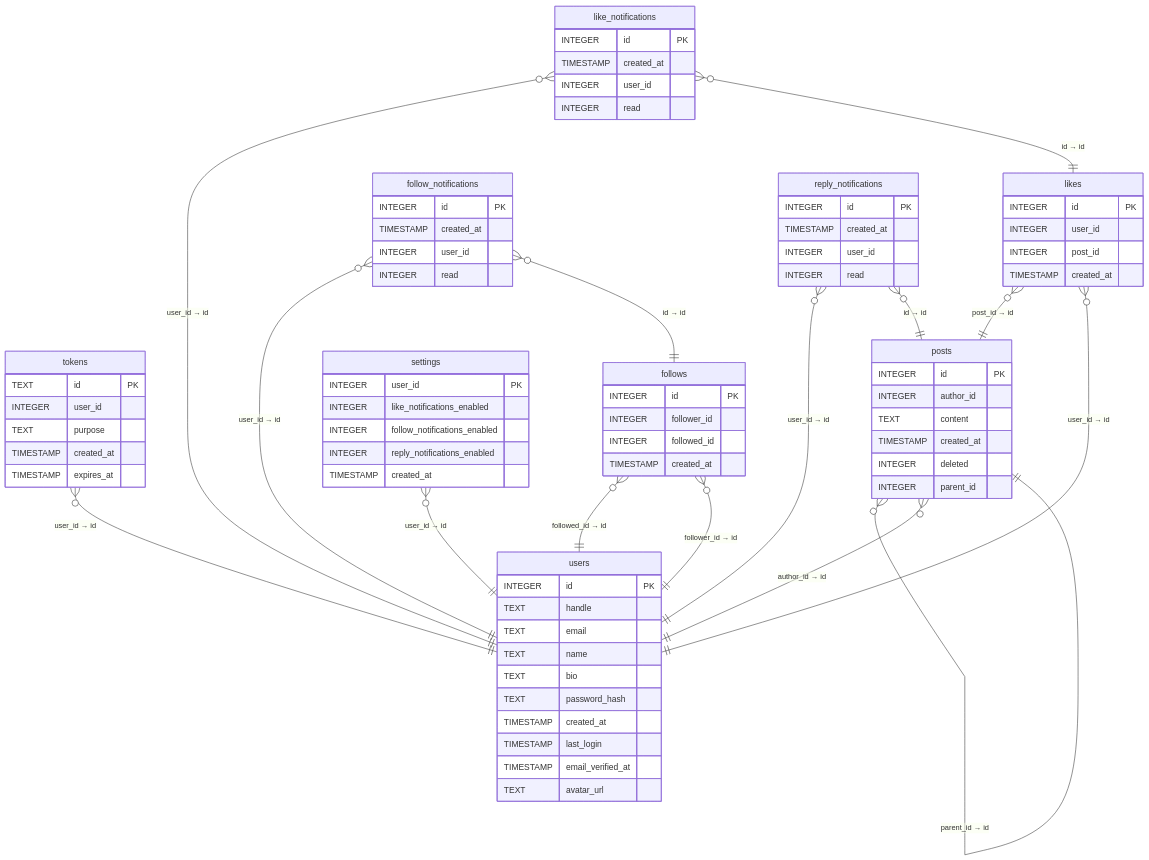
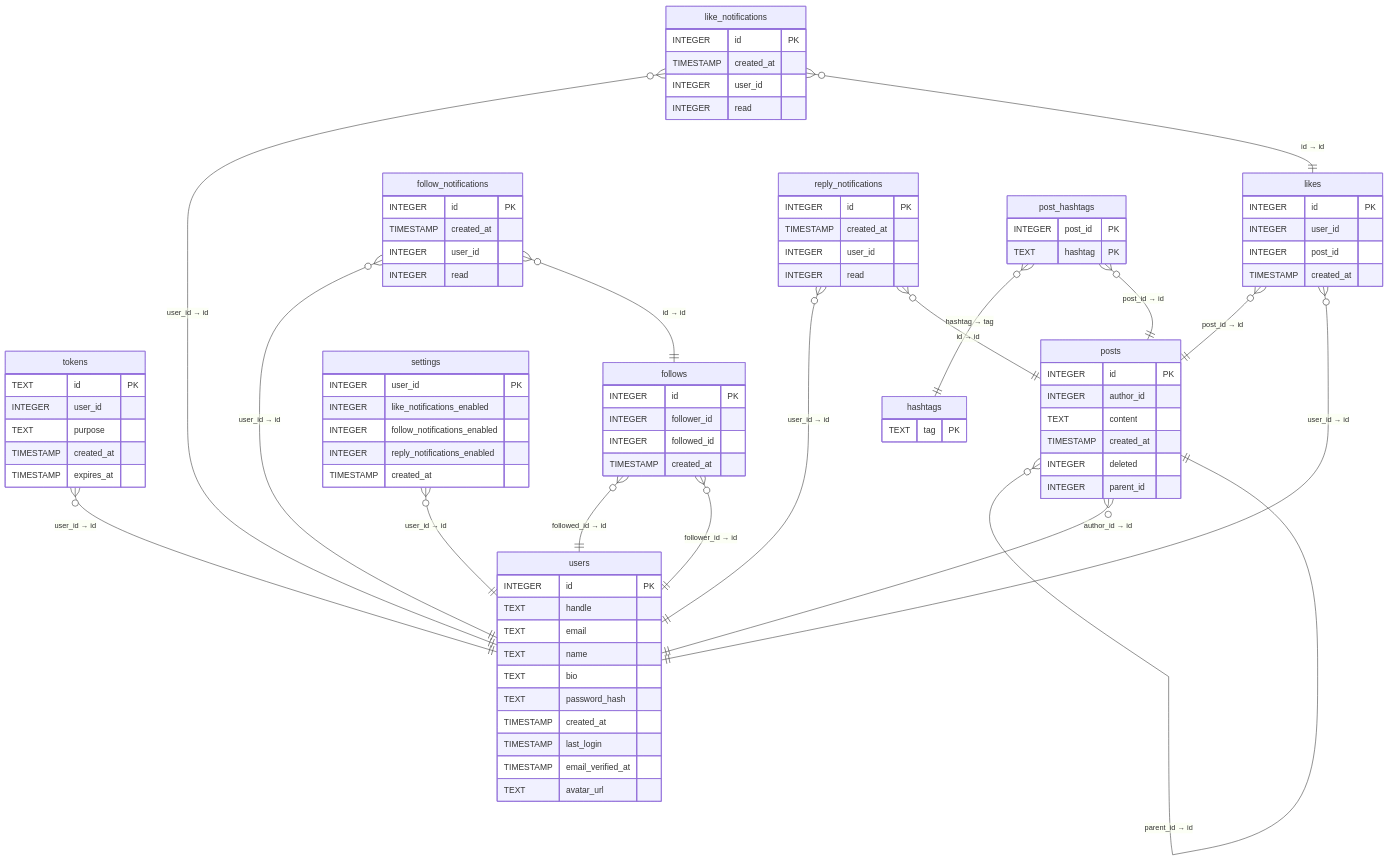
The diagram in DATABASE.md (ScriptRaccoon/twelte), drawn with Mermaid before and after one commit.

Commit message:
update diagram

````diff
--- a/DATABASE.md
+++ b/DATABASE.md
@@ -66,6 +66,13 @@
     INTEGER reply_notifications_enabled
     TIMESTAMP created_at
   }
+  hashtags {
+    TEXT tag PK
+  }
+  post_hashtags {
+    INTEGER post_id PK
+    TEXT hashtag PK
+  }
   tokens }o--|| users : "user_id → id"
   follows }o--|| users : "followed_id → id"
   follows }o--|| users : "follower_id → id"
@@ -80,4 +87,6 @@
   reply_notifications }o--|| users : "user_id → id"
   reply_notifications }o--|| posts : "id → id"
   settings }o--|| users : "user_id → id"
+  post_hashtags }o--|| hashtags : "hashtag → tag"
+  post_hashtags }o--|| posts : "post_id → id"
 ```
````
